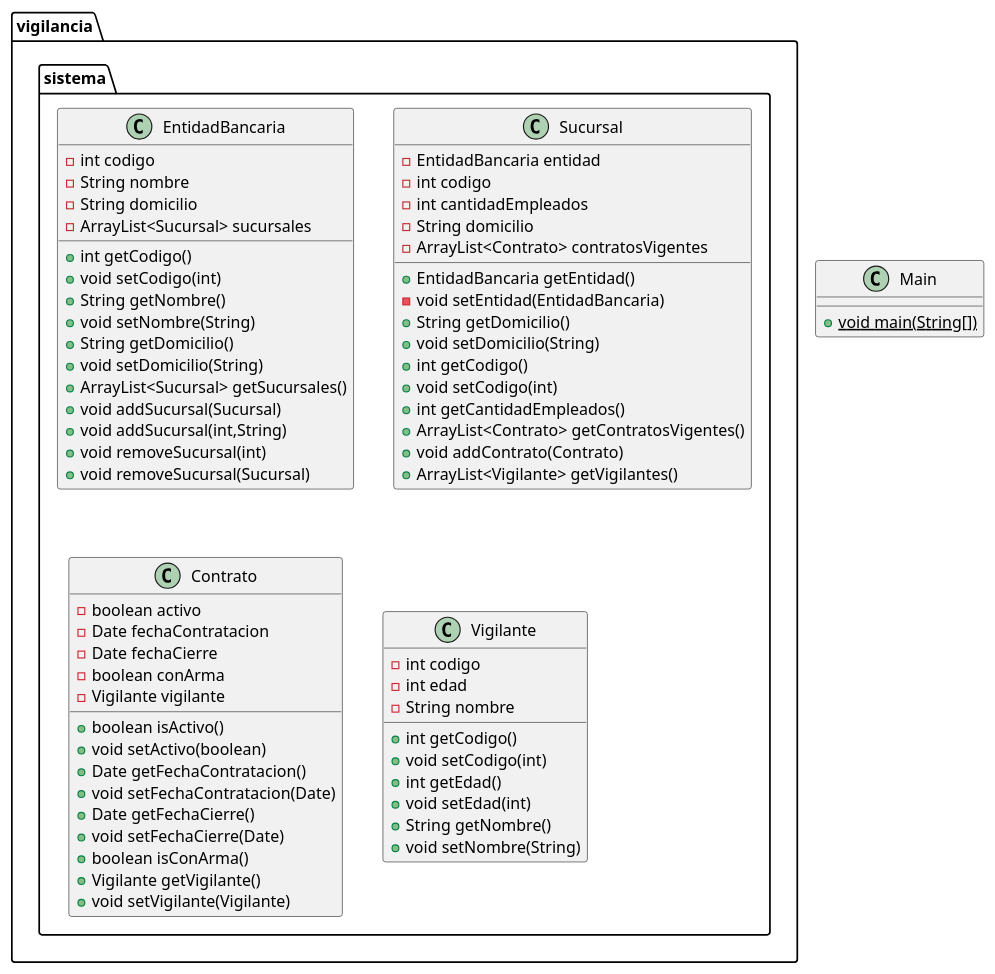
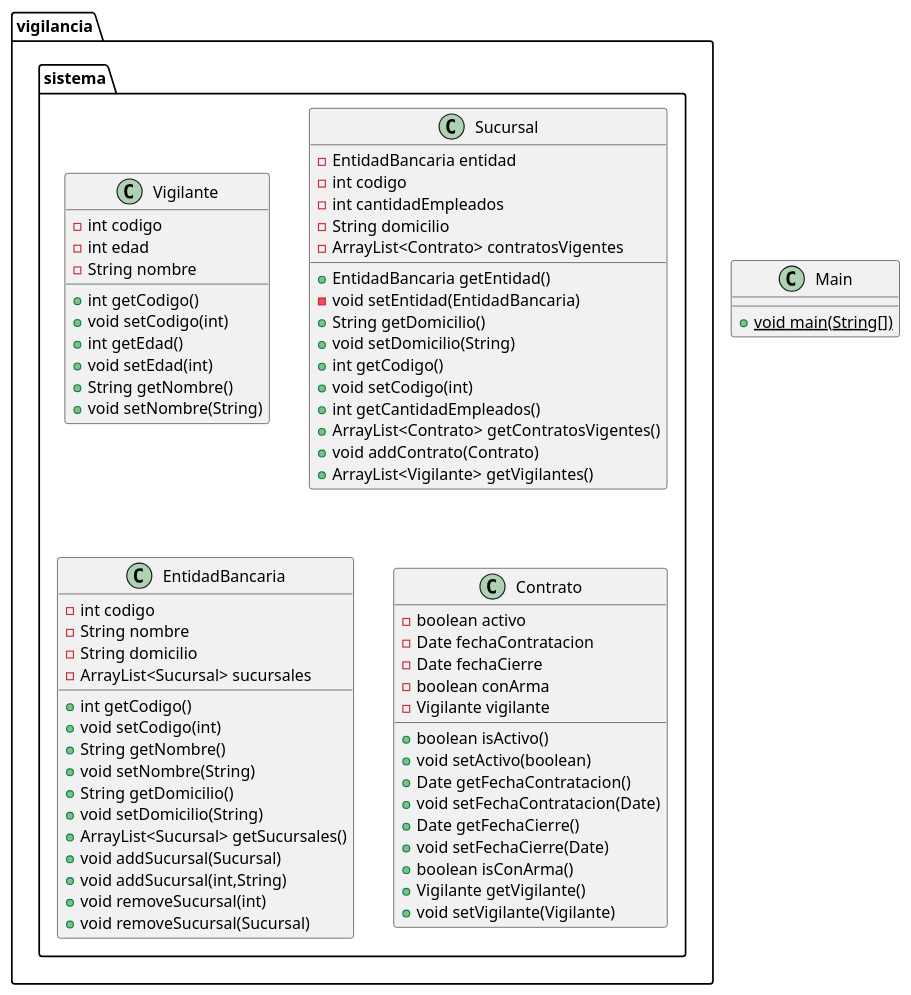
One commit to davinci-as/SistemaSucursales changed the diagram in class_diagram.puml. Above: the diagram before and after it, drawn with PlantUML. The commit also changed other lines of this file and 1 other file, not shown here.

Commit message:
docs: actualizar diagrama de clase

```diff
--- a/class_diagram.puml
+++ b/class_diagram.puml
@@ -1,75 +1,75 @@
 @startuml
-class vigilancia.sistema.EntidadBancaria {
+class vigilancia.sistema.Vigilante {
 - int codigo
+- int edad
 - String nombre
-- String domicilio
-- ArrayList<Sucursal> sucursales
 + int getCodigo()
 + void setCodigo(int)
++ int getEdad()
++ void setEdad(int)
 + String getNombre()
 + void setNombre(String)
-+ String getDomicilio()
-+ void setDomicilio(String)
-+ ArrayList<Sucursal> getSucursales()
-+ void addSucursal(Sucursal)
-+ void addSucursal(int,String)
-+ void removeSucursal(int)
-+ void removeSucursal(Sucursal)
 }
 
 
 class vigilancia.sistema.Sucursal {
 - EntidadBancaria entidad
 - int codigo
 - int cantidadEmpleados
 - String domicilio
 - ArrayList<Contrato> contratosVigentes
 + EntidadBancaria getEntidad()
 - void setEntidad(EntidadBancaria)
 + String getDomicilio()
 + void setDomicilio(String)
 + int getCodigo()
 + void setCodigo(int)
 + int getCantidadEmpleados()
 + ArrayList<Contrato> getContratosVigentes()
 + void addContrato(Contrato)
 + ArrayList<Vigilante> getVigilantes()
 }
 
 
+class vigilancia.sistema.EntidadBancaria {
+- int codigo
+- String nombre
+- String domicilio
+- ArrayList<Sucursal> sucursales
++ int getCodigo()
++ void setCodigo(int)
++ String getNombre()
++ void setNombre(String)
++ String getDomicilio()
++ void setDomicilio(String)
++ ArrayList<Sucursal> getSucursales()
++ void addSucursal(Sucursal)
++ void addSucursal(int,String)
++ void removeSucursal(int)
++ void removeSucursal(Sucursal)
+}
+
+
+class Main {
++ {static} void main(String[])
+}
+
 class vigilancia.sistema.Contrato {
 - boolean activo
 - Date fechaContratacion
 - Date fechaCierre
 - boolean conArma
 - Vigilante vigilante
 + boolean isActivo()
 + void setActivo(boolean)
 + Date getFechaContratacion()
 + void setFechaContratacion(Date)
 + Date getFechaCierre()
 + void setFechaCierre(Date)
 + boolean isConArma()
 + Vigilante getVigilante()
 + void setVigilante(Vigilante)
 }
 
 
-class vigilancia.sistema.Vigilante {
-- int codigo
-- int edad
-- String nombre
-+ int getCodigo()
-+ void setCodigo(int)
-+ int getEdad()
-+ void setEdad(int)
-+ String getNombre()
-+ void setNombre(String)
-}
-
-
-class Main {
-+ {static} void main(String[])
-}
-
 @enduml
```
